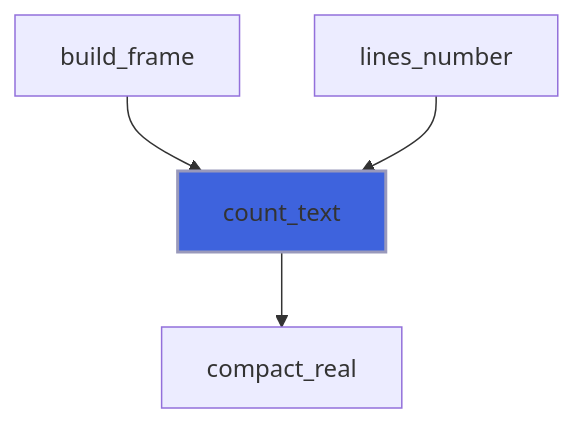
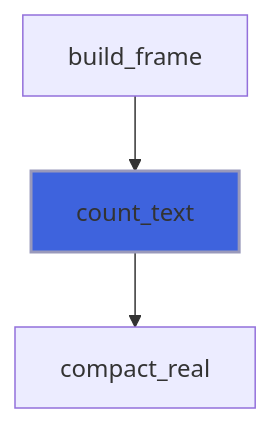
Diagram 13 of 18 in docs/api/src/lib/forbear_bar_object.md (szaghi/forbear), drawn with Mermaid before and after one commit. The commit also changed other lines of this file and 55 other files, not shown here.

````diff
--- a/docs/api/src/lib/forbear_bar_object.md
+++ b/docs/api/src/lib/forbear_bar_object.md
@@ -511,7 +513,6 @@
 ```mermaid
 flowchart TD
   build_frame["build_frame"] --> count_text["count_text"]
-  lines_number["lines_number"] --> count_text["count_text"]
   count_text["count_text"] --> compact_real["compact_real"]
   style count_text fill:#3e63dd,stroke:#99b,stroke-width:2px
 ```
````
